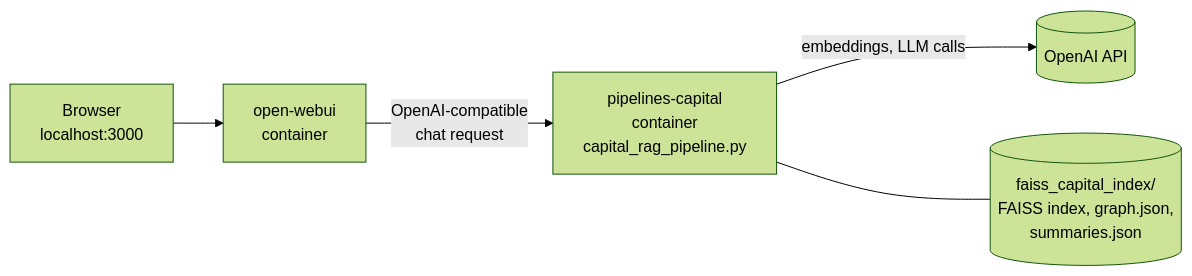
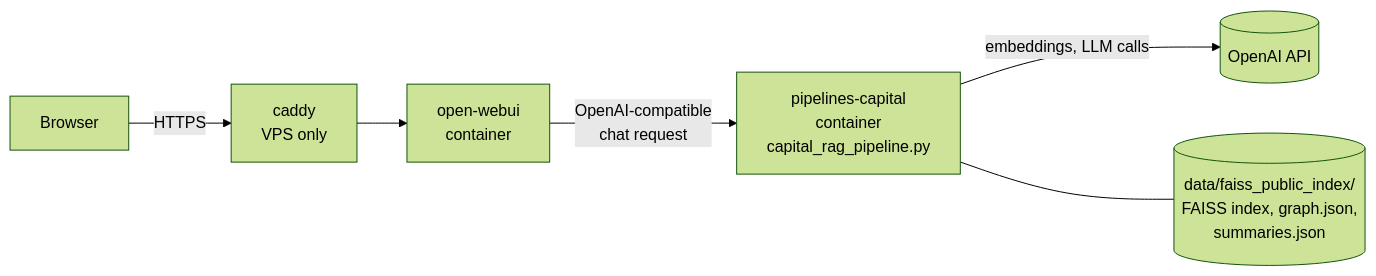
One commit to HaukeHoppe/MjoellnirAI changed the first of 3 diagrams in README.md. Above: the diagram before and after it, drawn with Mermaid (forest theme). The commit also changed other lines of this file and 4 other files, not shown here.

First line of the commit message:
docs(docs): bring README, deep-dive docs and diagram up to date

````diff
--- a/README.md
+++ b/README.md
@@ -45,7 +52,8 @@
 ```mermaid
 flowchart LR
-    B[Browser<br/>localhost:3000] --> OW[open-webui<br/>container]
+    B[Browser] -->|HTTPS| CA[caddy<br/>VPS only]
+    CA --> OW[open-webui<br/>container]
     OW -->|OpenAI-compatible<br/>chat request| PC[pipelines-capital<br/>container<br/>capital_rag_pipeline.py]
     PC -->|embeddings, LLM calls| OA[(OpenAI API)]
-    PC --- IDX[(faiss_capital_index/<br/>FAISS index, graph.json,<br/>summaries.json)]
+    PC --- IDX[(data/faiss_public_index/<br/>FAISS index, graph.json,<br/>summaries.json)]
 ```
````
